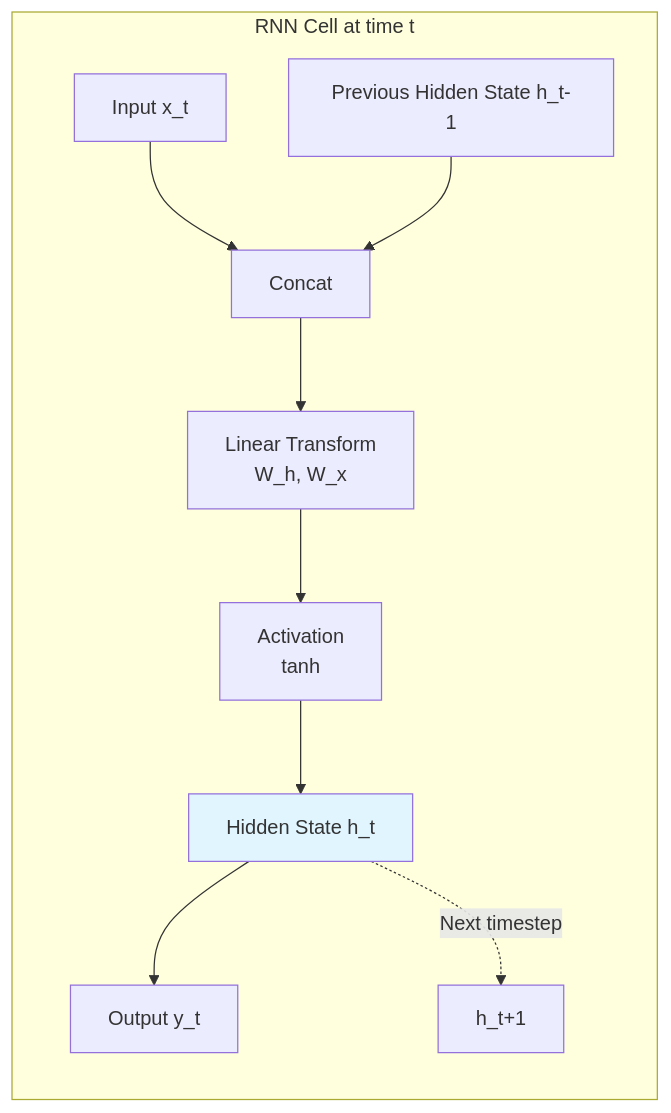
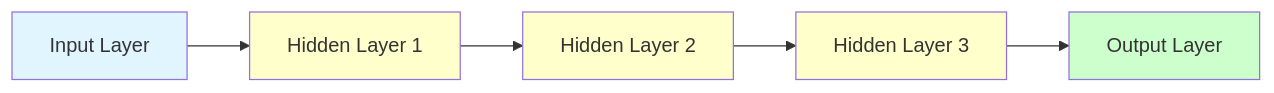
Before and after one commit to nvgr-GenAI/my-learning: the diagram in docs/ml/deep-learning/index.md, drawn with Mermaid. The commit also changed other lines of this file and 82 other files, not shown here.

````diff
--- a/docs/ml/deep-learning/index.md
+++ b/docs/ml/deep-learning/index.md
@@ -636,14 +13,13 @@
-    ```mermaid
-    graph LR
-        subgraph RNN Cell at time t
-            A[Input x_t] --> B[Concat]
-            C[Previous Hidden State h_t-1] --> B
-            B --> D[Linear Transform<br/>W_h, W_x]
-            D --> E[Activation<br/>tanh]
-            E --> F[Hidden State h_t]
-            F --> G[Output y_t]
-            F -.-> |Next timestep| H[h_t+1]
-        end
+```mermaid
+graph LR
+    Input[Input Layer] --> H1[Hidden Layer 1]
+    H1 --> H2[Hidden Layer 2]
+    H2 --> H3[Hidden Layer 3]
+    H3 --> Output[Output Layer]
 
-        style F fill:#e1f5ff
-    ```
+    style Input fill:#e1f5ff
+    style Output fill:#ccffcc
+    style H1 fill:#ffffcc
+    style H2 fill:#ffffcc
+    style H3 fill:#ffffcc
+```
````
